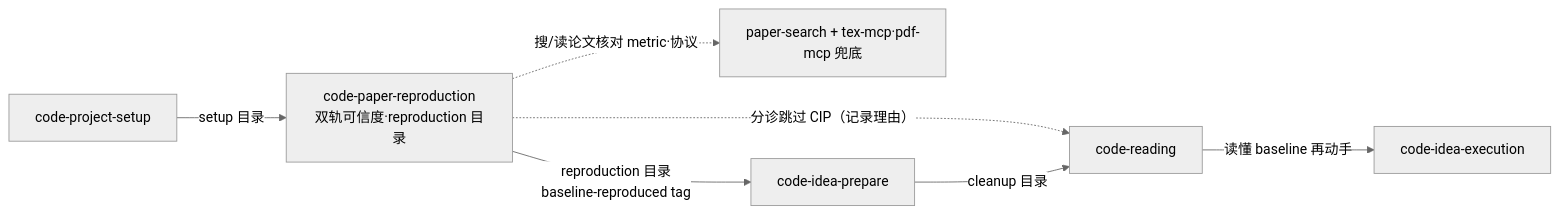
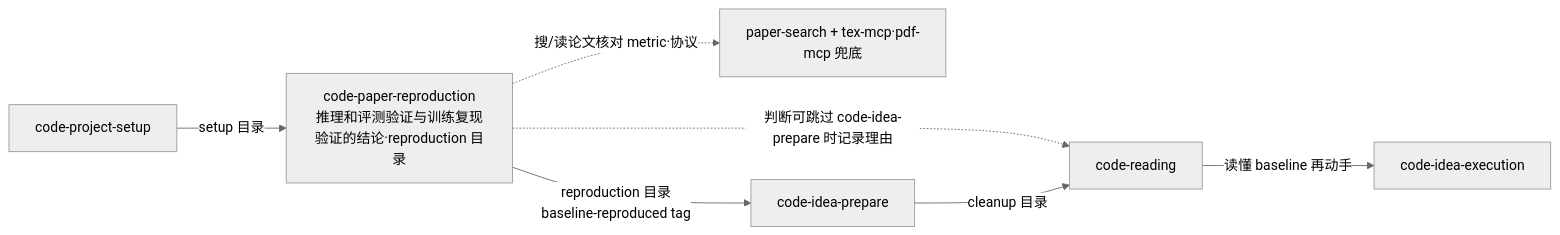
The first of 4 diagrams in plugins/dl-assistant/skills/code-paper-reproduction/SKILL.md (jackwang0108/dl-assistant), drawn with Mermaid (neutral theme) before and after one commit. The commit also changed other lines of this file and 143 other files, not shown here.

````diff
--- a/plugins/dl-assistant/skills/code-paper-reproduction/SKILL.md
+++ b/plugins/dl-assistant/skills/code-paper-reproduction/SKILL.md
@@ -62,10 +60,10 @@
 ```mermaid
 flowchart LR
     CPS[code-project-setup] -->|setup 目录| CPR
-    CPR["code-paper-reproduction<br/>双轨可信度·reproduction 目录"]
+    CPR["code-paper-reproduction<br/>推理和评测验证与训练复现验证的结论·reproduction 目录"]
     CPR -.->|搜/读论文核对 metric·协议| TOOLS["paper-search + tex-mcp·pdf-mcp 兜底"]
     CPR -->|reproduction 目录<br/>baseline-reproduced tag| CIP[code-idea-prepare]
-    CPR -.->|分诊跳过 CIP（记录理由）| CR
+    CPR -.->|判断可跳过 code-idea-prepare 时记录理由| CR
     CIP -->|cleanup 目录| CR[code-reading]
     CR -->|读懂 baseline 再动手| EX[code-idea-execution]
 ```
````
